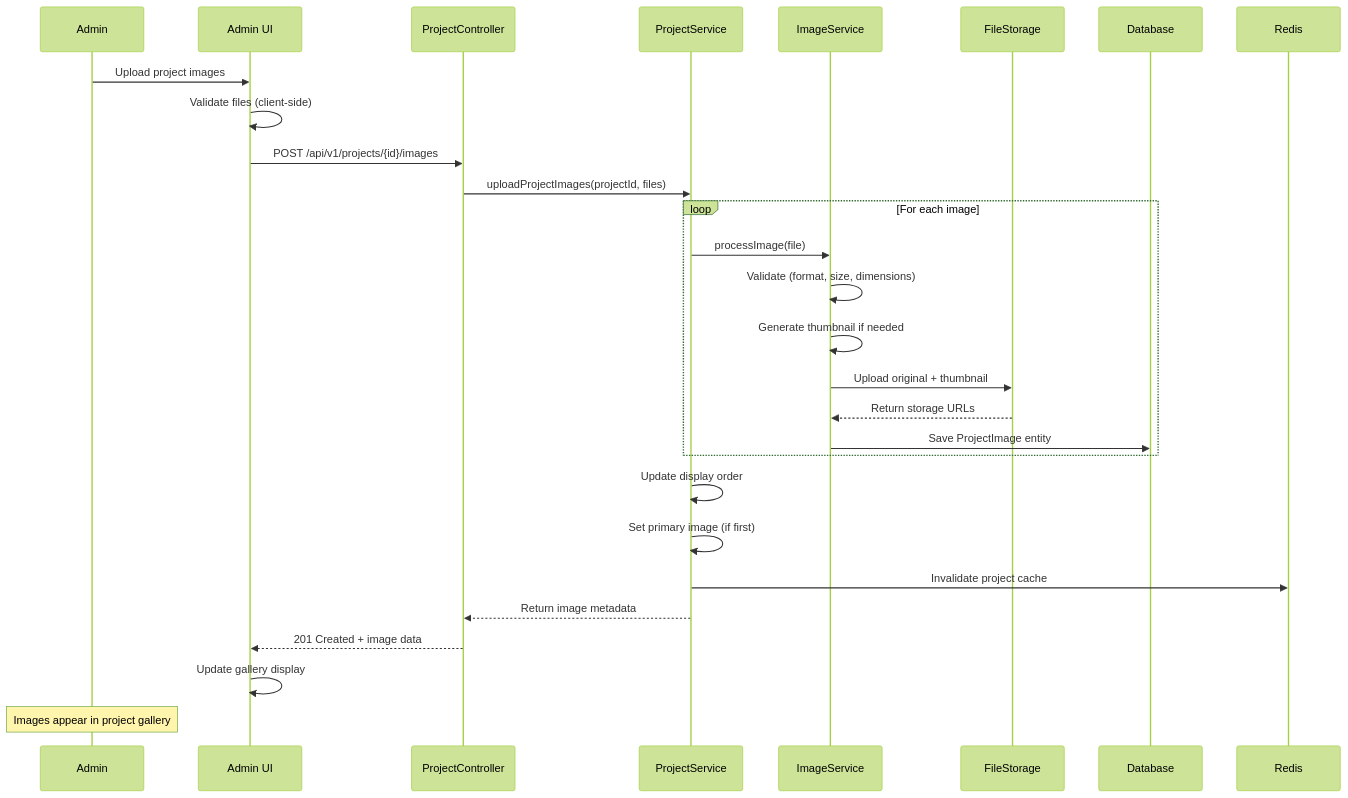
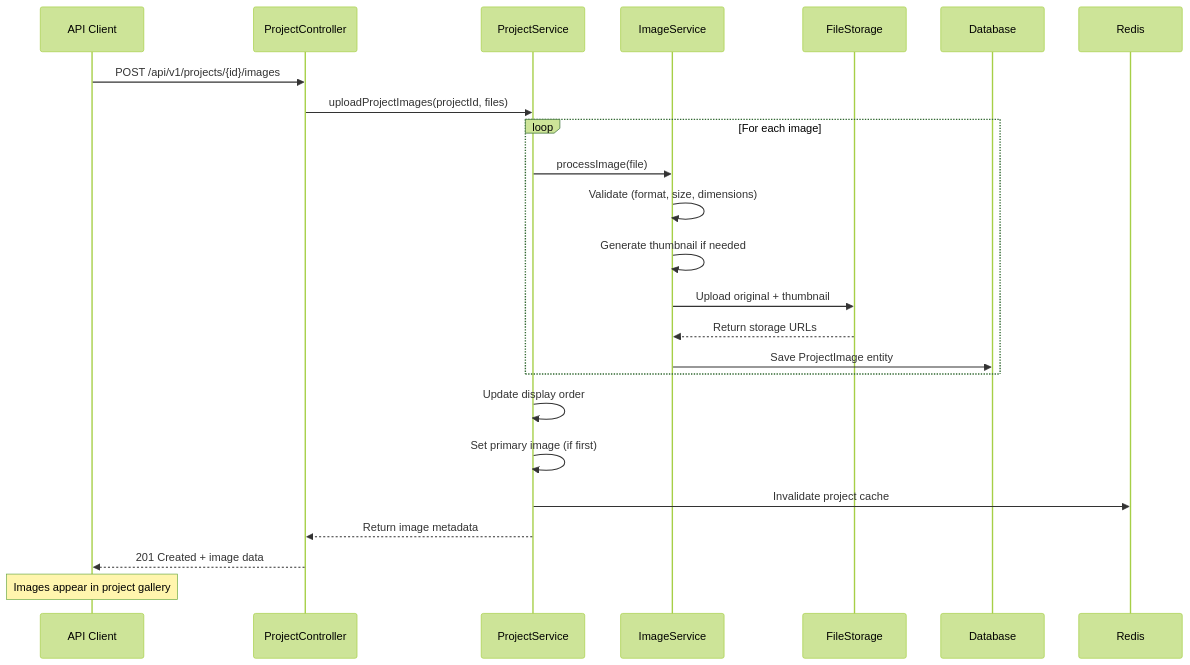
The eighth of 10 diagrams in docs/architecture/DIAGRAMS.md (caseythecoder90/personal-website-backend), drawn with Mermaid (forest theme) before and after one commit. The commit also changed other lines of this file and 22 other files, not shown here.

````diff
--- a/docs/architecture/DIAGRAMS.md
+++ b/docs/architecture/DIAGRAMS.md
@@ -478,34 +354,30 @@
 ```mermaid
 sequenceDiagram
-    participant A as Admin
-    participant UI as Admin UI
-    participant C as ProjectController
+    participant C as API Client
+    participant Ctrl as ProjectController
     participant S as ProjectService
     participant IS as ImageService
     participant FS as FileStorage
     participant DB as Database
     participant Cache as Redis
 
-    A->>UI: Upload project images
-    UI->>UI: Validate files (client-side)
-    UI->>C: POST /api/v1/projects/{id}/images
-    C->>S: uploadProjectImages(projectId, files)
-    
+    C->>Ctrl: POST /api/v1/projects/{id}/images
+    Ctrl->>S: uploadProjectImages(projectId, files)
+
     loop For each image
         S->>IS: processImage(file)
         IS->>IS: Validate (format, size, dimensions)
         IS->>IS: Generate thumbnail if needed
         IS->>FS: Upload original + thumbnail
         FS-->>IS: Return storage URLs
         IS->>DB: Save ProjectImage entity
     end
-    
+
     S->>S: Update display order
     S->>S: Set primary image (if first)
     S->>Cache: Invalidate project cache
-    S-->>C: Return image metadata
-    C-->>UI: 201 Created + image data
-    UI->>UI: Update gallery display
-    
-    Note over A: Images appear in project gallery
+    S-->>Ctrl: Return image metadata
+    Ctrl-->>C: 201 Created + image data
+
+    Note over C: Images appear in project gallery
 ```
````
